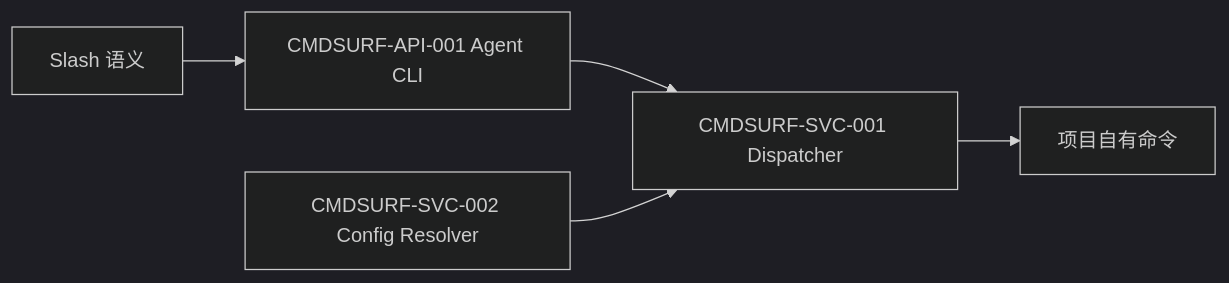
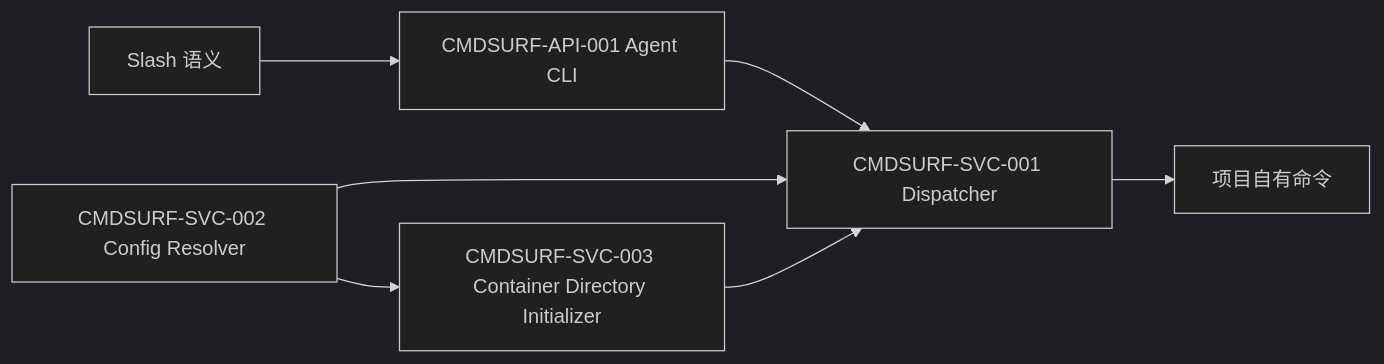
The diagram in docs/arch-modules/template-command-surface/ARCH.md (hollisyao2024/PromptsEngineering), drawn with Mermaid (dark theme) before and after one commit. The commit also changed other lines of this file and 19 other files, not shown here.

````diff
--- a/docs/arch-modules/template-command-surface/ARCH.md
+++ b/docs/arch-modules/template-command-surface/ARCH.md
@@ -19,7 +20,9 @@
 ```mermaid
 flowchart LR
   S[Slash 语义] --> CLI[CMDSURF-API-001 Agent CLI]
   CLI --> DISPATCH[CMDSURF-SVC-001 Dispatcher]
   CFG[CMDSURF-SVC-002 Config Resolver] --> DISPATCH
+  DIR[CMDSURF-SVC-003 Container Directory Initializer] --> DISPATCH
+  CFG --> DIR
   DISPATCH --> CMD[项目自有命令]
 ```
````
